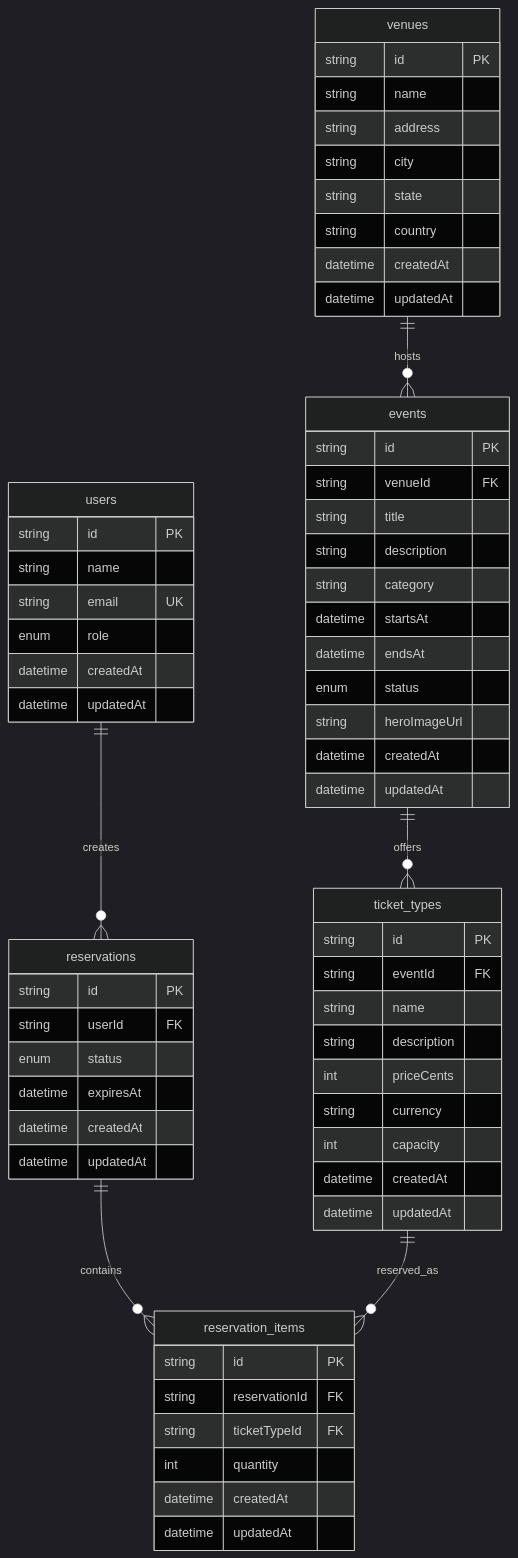
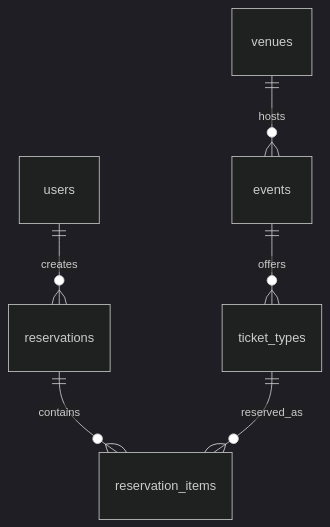
The diagram in docs/database-schema.md (bhimanshukalra/event-booking-app), drawn with Mermaid (dark theme) before and after one commit. The commit also changed other lines of this file, not shown here.

Commit message:
Update database schema documentation for clarity and completeness

````diff
--- a/docs/database-schema.md
+++ b/docs/database-schema.md
@@ -20,72 +32,8 @@
 ```mermaid
 erDiagram
   users ||--o{ reservations : creates
   venues ||--o{ events : hosts
   events ||--o{ ticket_types : offers
   reservations ||--o{ reservation_items : contains
   ticket_types ||--o{ reservation_items : reserved_as
-
-  users {
-    string id PK
-    string name
-    string email UK
-    enum role
-    datetime createdAt
-    datetime updatedAt
-  }
-
-  venues {
-    string id PK
-    string name
-    string address
-    string city
-    string state
-    string country
-    datetime createdAt
-    datetime updatedAt
-  }
-
-  events {
-    string id PK
-    string venueId FK
-    string title
-    string description
-    string category
-    datetime startsAt
-    datetime endsAt
-    enum status
-    string heroImageUrl
-    datetime createdAt
-    datetime updatedAt
-  }
-
-  ticket_types {
-    string id PK
-    string eventId FK
-    string name
-    string description
-    int priceCents
-    string currency
-    int capacity
-    datetime createdAt
-    datetime updatedAt
-  }
-
-  reservations {
-    string id PK
-    string userId FK
-    enum status
-    datetime expiresAt
-    datetime createdAt
-    datetime updatedAt
-  }
-
-  reservation_items {
-    string id PK
-    string reservationId FK
-    string ticketTypeId FK
-    int quantity
-    datetime createdAt
-    datetime updatedAt
-  }
 ```
````
